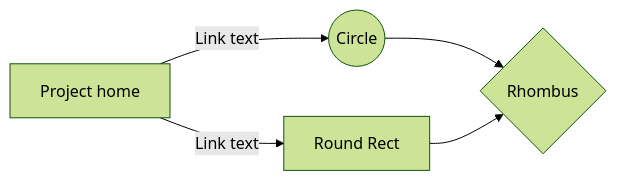
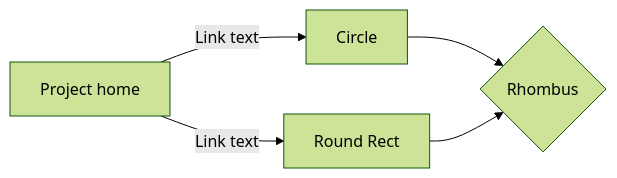
Before and after one commit to LEEKYOUNGHWA/LEEKYOUNGWHA.github.io: the diagram in src/posts/Java/convert to maven project.md, drawn with Mermaid (forest theme). The commit also changed other lines of this file, not shown here.

Commit message:
src/posts/Java/convert to maven project.md updated from https://stackedit.io/

````diff
--- a/src/posts/Java/convert to maven project.md
+++ b/src/posts/Java/convert to maven project.md
@@ -14,7 +14,7 @@
 ```mermaid
 graph LR
-A[Project home] -- Link text --> B((Circle))
+A[Project home] -- Link text --> B[Circle]
 A -- Link text --> C[Round Rect]
 B --> D{Rhombus}
 C --> D
 ```
````
